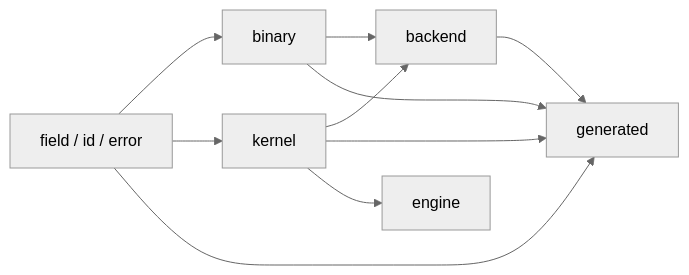
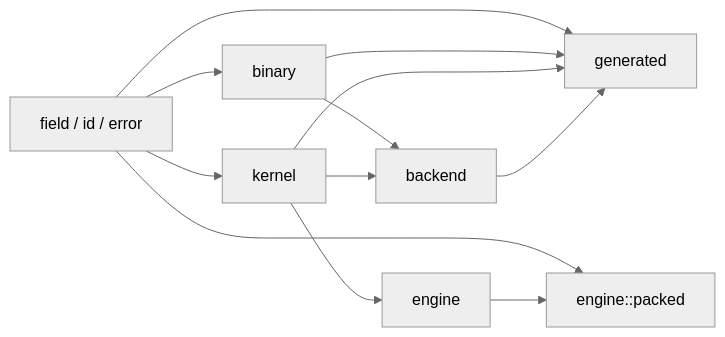
One commit to alfredoVallejoM/homomorphic-hash-rs changed the first of 4 diagrams in docs/microfield/architecture.md. Above: the diagram before and after it, drawn with Mermaid (neutral theme). The commit also changed other lines of this file and 75 other files, not shown here.

````diff
--- a/docs/microfield/architecture.md
+++ b/docs/microfield/architecture.md
@@ -5,19 +5,22 @@
 ```mermaid
 flowchart LR
     Field[field / id / error]
     Binary[binary]
     Kernel[kernel]
     Backend[backend]
     Generated[generated]
     Engine[engine]
+    Packed[engine::packed]
 
     Field --> Binary
     Field --> Kernel
     Binary --> Backend
     Kernel --> Backend
     Field --> Generated
     Binary --> Generated
     Kernel --> Generated
     Backend --> Generated
     Kernel --> Engine
+    Field --> Packed
+    Engine --> Packed
 ```
````
